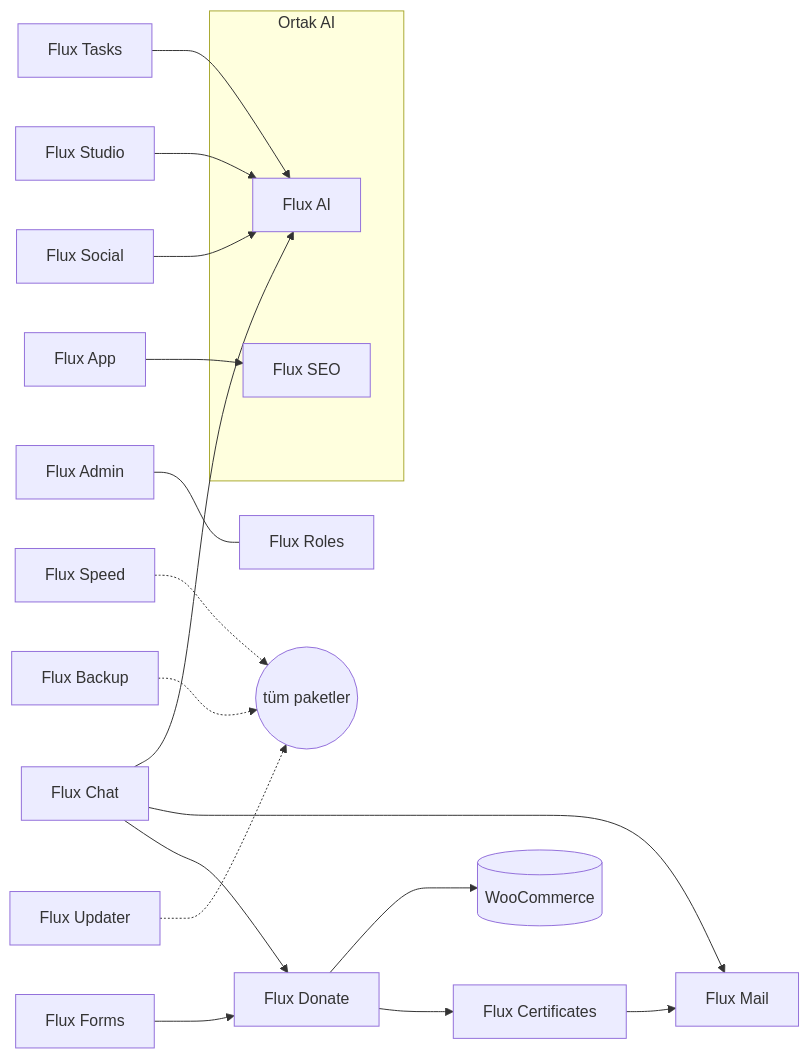
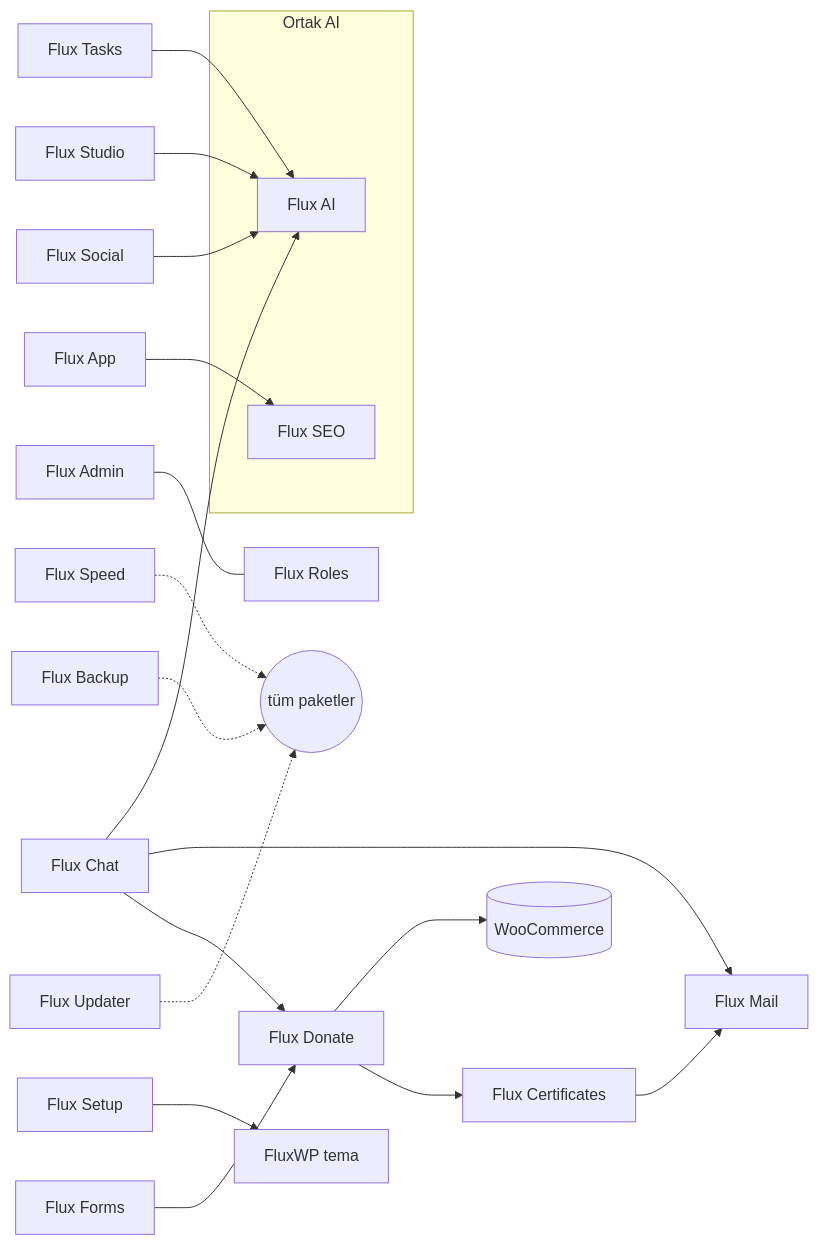
The diagram in README.tr.md (FluxWP/FluxWP), drawn with Mermaid before and after one commit. The commit also changed other lines of this file and 3 other files, not shown here.

````diff
--- a/README.tr.md
+++ b/README.tr.md
@@ -114,22 +107,23 @@
 ```mermaid
 flowchart LR
   subgraph Ortak AI
     AI["Flux AI"]
     MCP["Flux SEO"]
   end
   BAG["Flux Donate"] --> CERT["Flux Certificates"]
   FORM["Flux Forms"] --> BAG
   BAG --> WOO[("WooCommerce")]
   CC["Flux Chat"] --> BAG
   CC --> COM["Flux Mail"]
   CERT --> COM
   SOC["Flux Social"] --> AI
   STU["Flux Studio"] --> AI
   CC --> AI
   TASK["Flux Tasks"] --> AI
   ADM["Flux Admin"] --- ROL["Flux Roles"]
   APP["Flux App"] --> MCP
   UPD["Flux Updater"] -.-> ALL(("tüm paketler"))
   BAK["Flux Backup"] -.-> ALL
   PERF["Flux Speed"] -.-> ALL
+  SET["Flux Setup"] --> THEME["FluxWP tema"]
 ```
````
